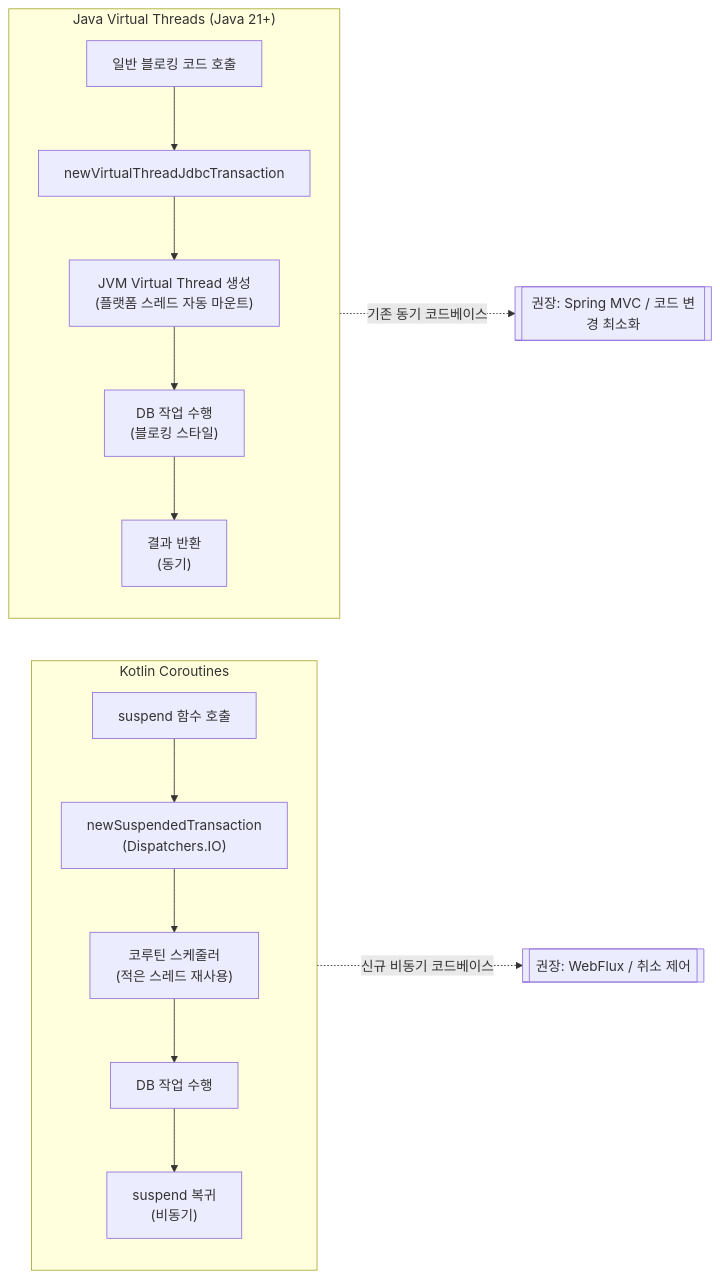
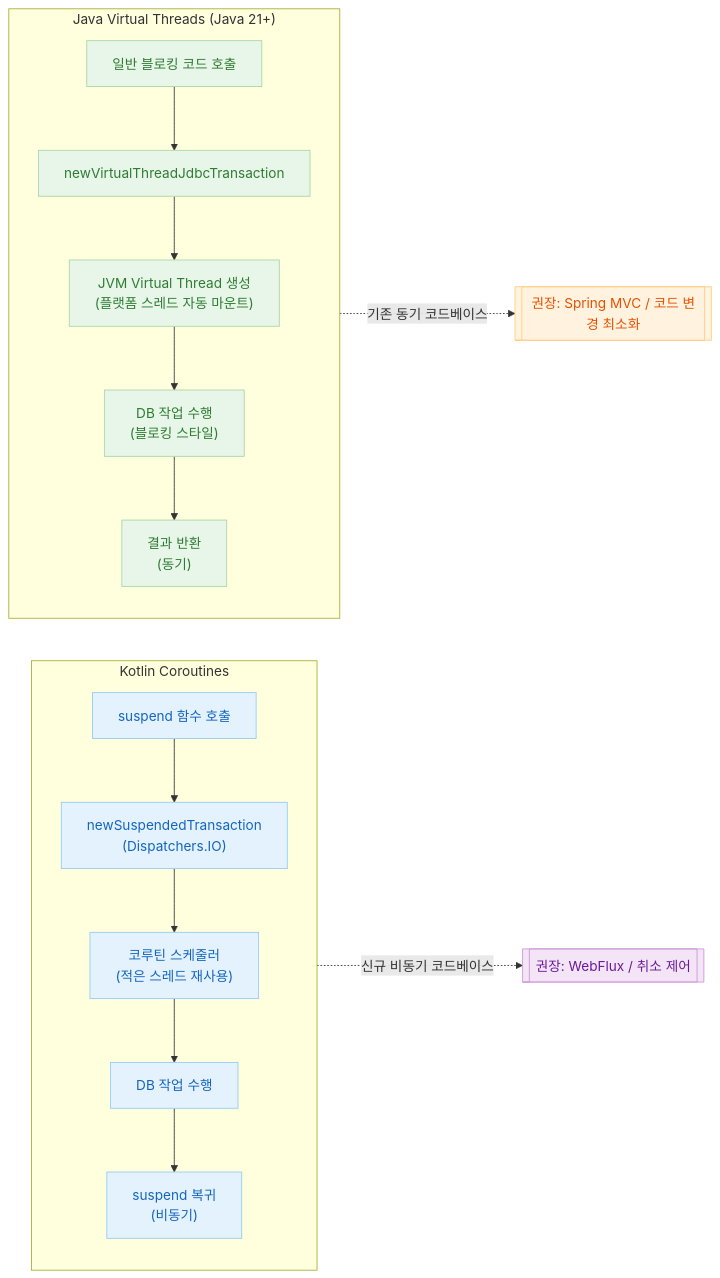
One commit to bluetape4k/exposed-workshop changed the first of 4 diagrams in 08-coroutines/README.md. Above: the diagram before and after it, drawn with Mermaid. The commit also changed other lines of this file and 56 other files, not shown here.

First line of the commit message:
docs: 전체 README mermaid 다이어그램에 파스텔 톤 색상 적용

````diff
--- a/08-coroutines/README.md
+++ b/08-coroutines/README.md
@@ -33,21 +33,31 @@
 ```mermaid
 flowchart LR
     subgraph Coroutines["Kotlin Coroutines"]
         direction TD
         A1["suspend 함수 호출"] --> B1["newSuspendedTransaction\n(Dispatchers.IO)"]
         B1 --> C1["코루틴 스케줄러\n(적은 스레드 재사용)"]
         C1 --> D1["DB 작업 수행"]
         D1 --> E1["suspend 복귀\n(비동기)"]
     end
 
     subgraph VirtualThreads["Java Virtual Threads (Java 21+)"]
         direction TD
         A2["일반 블로킹 코드 호출"] --> B2["newVirtualThreadJdbcTransaction"]
         B2 --> C2["JVM Virtual Thread 생성\n(플랫폼 스레드 자동 마운트)"]
         C2 --> D2["DB 작업 수행\n(블로킹 스타일)"]
         D2 --> E2["결과 반환\n(동기)"]
     end
 
     Coroutines -. "신규 비동기 코드베이스" .-> Use1[["권장: WebFlux / 취소 제어"]]
     VirtualThreads -. "기존 동기 코드베이스" .-> Use2[["권장: Spring MVC / 코드 변경 최소화"]]
+
+    classDef blue fill:#E3F2FD,stroke:#90CAF9,color:#1565C0
+    classDef green fill:#E8F5E9,stroke:#A5D6A7,color:#2E7D32
+    classDef orange fill:#FFF3E0,stroke:#FFCC80,color:#E65100
+    classDef purple fill:#F3E5F5,stroke:#CE93D8,color:#6A1B9A
+
+    class A1,B1,C1,D1,E1 blue
+    class A2,B2,C2,D2,E2 green
+    class Use1 purple
+    class Use2 orange
 ```
````
